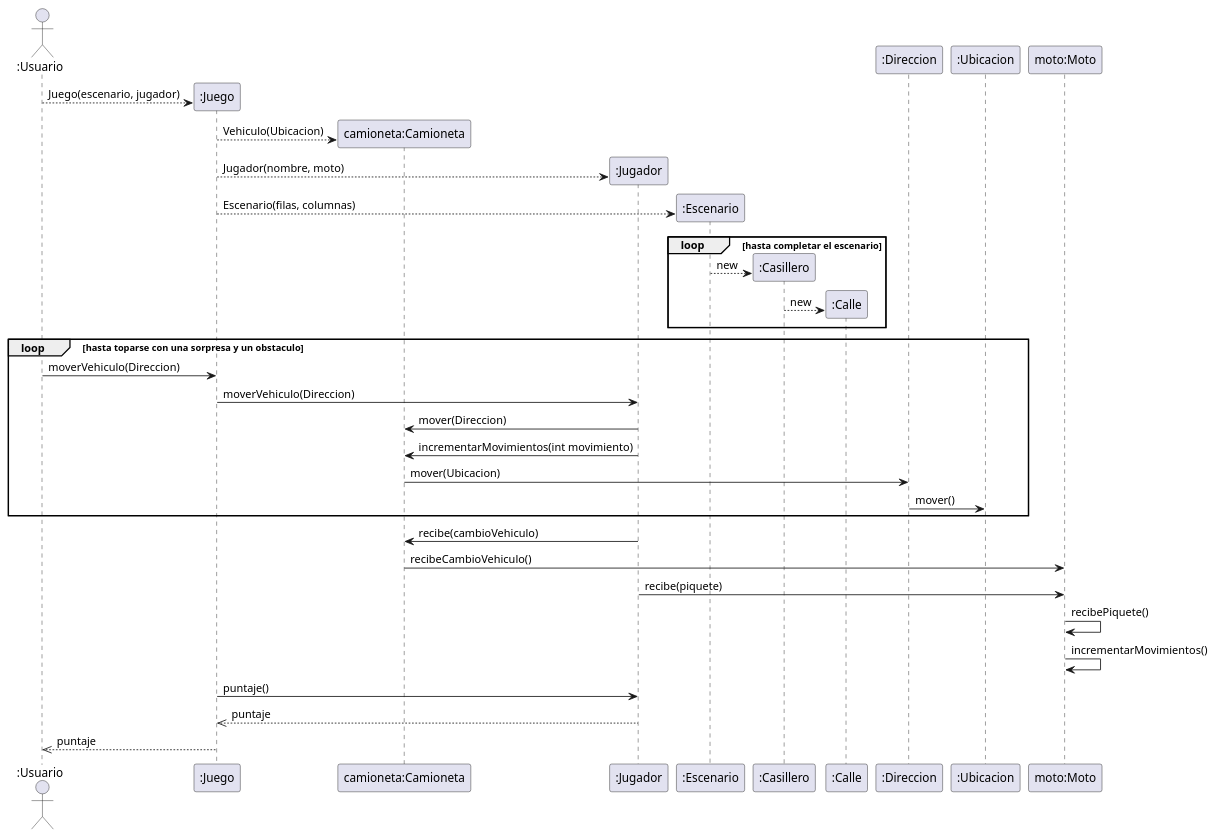
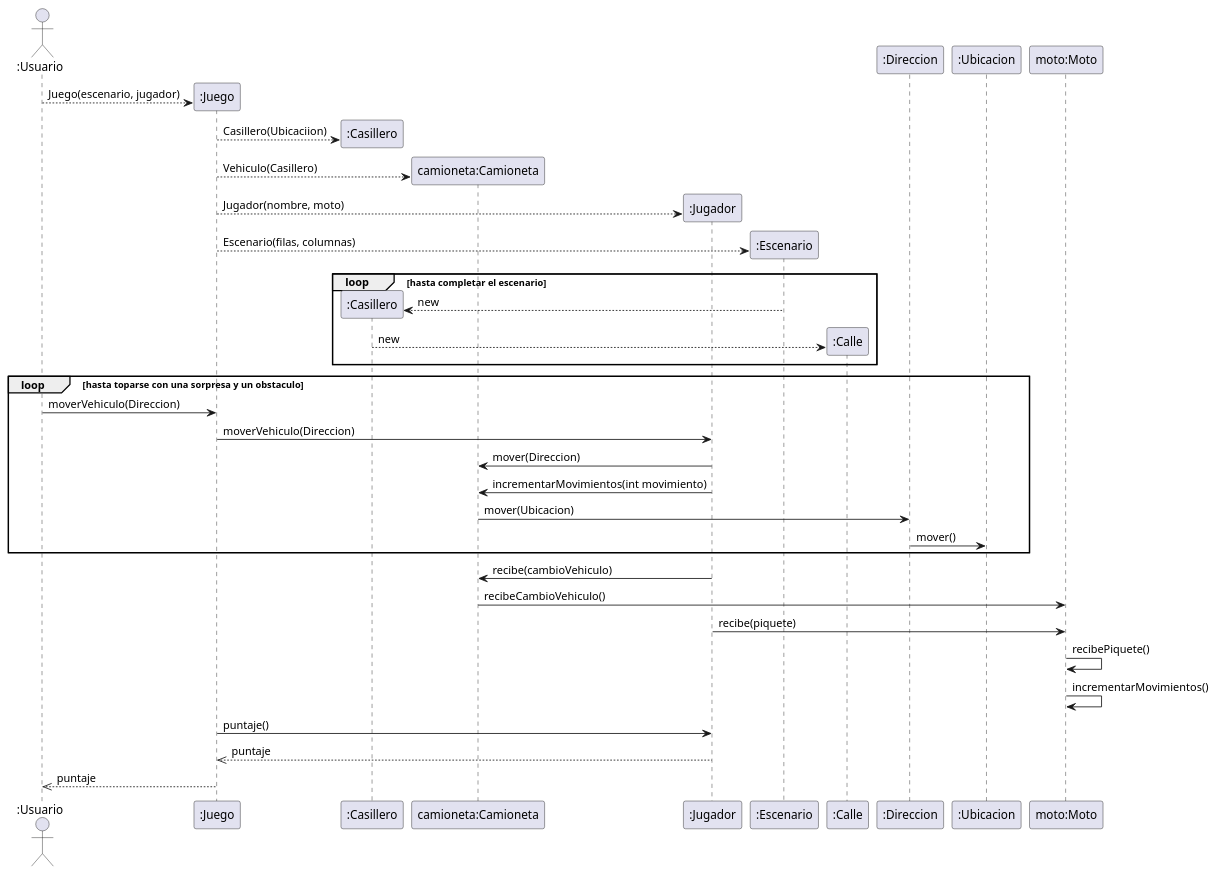
The diagram in diagrams/sequences/Entrega2/UnaCamionetaSeEncuentraConSorpresaCambioDeVehiculoYUnPiqueteDeberiaPoderPasarElPiqueteYTener6Movimientos.puml (JorgeSedek/algo3_tp2), drawn with PlantUML before and after one commit. The commit also changed 9 other files, not shown here.

Commit message:
Modificar los diagramas de secuencia para estar igual a la implementacion

```diff
--- a/diagrams/sequences/Entrega2/UnaCamionetaSeEncuentraConSorpresaCambioDeVehiculoYUnPiqueteDeberiaPoderPasarElPiqueteYTener6Movimientos.puml
+++ b/diagrams/sequences/Entrega2/UnaCamionetaSeEncuentraConSorpresaCambioDeVehiculoYUnPiqueteDeberiaPoderPasarElPiqueteYTener6Movimientos.puml
@@ -1,48 +1,51 @@
 @startuml
 'https://plantuml.com/sequence-diagram
 actor ":Usuario"
 create ":Juego"
 ":Usuario" --> ":Juego" : Juego(escenario, jugador)
 
+create ":Casillero"
+":Juego" --> ":Casillero" : Casillero(Ubicaciion)
+
 create "camioneta:Camioneta"
-":Juego" --> "camioneta:Camioneta" : Vehiculo(Ubicacion)
+":Juego" --> "camioneta:Camioneta" : Vehiculo(Casillero)
 
 create ":Jugador"
 ":Juego" --> ":Jugador" : Jugador(nombre, moto)
 
 create ":Escenario"
 ":Juego" --> ":Escenario" : Escenario(filas, columnas)
 
 loop hasta completar el escenario
 create ":Casillero"
 ":Escenario" --> ":Casillero" : new
 
 create ":Calle"
 ":Casillero" --> ":Calle" : new
 end
 
 loop hasta toparse con una sorpresa y un obstaculo
 ":Usuario" -> ":Juego" : moverVehiculo(Direccion)
 ":Juego" -> ":Jugador" : moverVehiculo(Direccion)
 
 ":Jugador" -> "camioneta:Camioneta" : mover(Direccion)
 ":Jugador" -> "camioneta:Camioneta" : incrementarMovimientos(int movimiento)
 
 "camioneta:Camioneta" -> ":Direccion" : mover(Ubicacion)
 ":Direccion" -> ":Ubicacion" : mover()
 end
 
 ":Jugador" -> "camioneta:Camioneta" : recibe(cambioVehiculo)
 "camioneta:Camioneta" -> "moto:Moto" : recibeCambioVehiculo()
 
 ":Jugador" -> "moto:Moto" : recibe(piquete)
 "moto:Moto" -> "moto:Moto" : recibePiquete()
 "moto:Moto" -> "moto:Moto" : incrementarMovimientos()
 
 
 
 ":Juego" -> ":Jugador" : puntaje()
 ":Jugador" -->> ":Juego" : puntaje
 
 ":Juego" -->> ":Usuario" : puntaje
 @enduml
```
